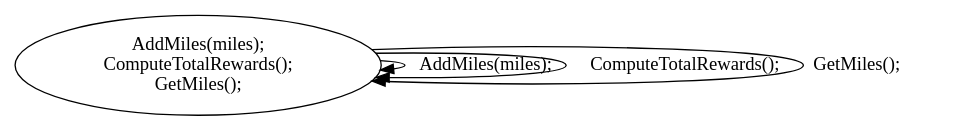
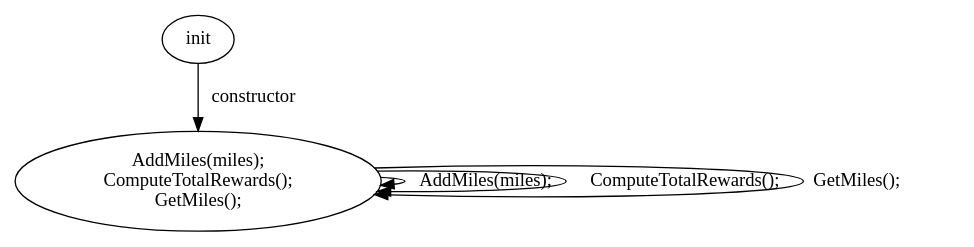
The diagram in 2/graph/FrequentFlyerRewardsCalculator.gv (edentorres/tesis), drawn with Graphviz before and after one commit. The commit also changed 116 other files, not shown here.

```diff
--- a/2/graph/FrequentFlyerRewardsCalculator.gv
+++ b/2/graph/FrequentFlyerRewardsCalculator.gv
@@ -1,30 +1,36 @@
 // Prueba
 digraph {
+	init [label=init]
+	"1-2-3-" [label="AddMiles(miles);
+ComputeTotalRewards();
+GetMiles();
+"]
+	init -> "1-2-3-" [label=constructor]
 	"1-2-3-" [label="AddMiles(miles);
 ComputeTotalRewards();
 GetMiles();
 "]
 	"1-2-3-" [label="AddMiles(miles);
 ComputeTotalRewards();
 GetMiles();
 "]
 	"1-2-3-" -> "1-2-3-" [label="AddMiles(miles);"]
 	"1-2-3-" [label="AddMiles(miles);
 ComputeTotalRewards();
 GetMiles();
 "]
 	"1-2-3-" [label="AddMiles(miles);
 ComputeTotalRewards();
 GetMiles();
 "]
 	"1-2-3-" -> "1-2-3-" [label="ComputeTotalRewards();"]
 	"1-2-3-" [label="AddMiles(miles);
 ComputeTotalRewards();
 GetMiles();
 "]
 	"1-2-3-" [label="AddMiles(miles);
 ComputeTotalRewards();
 GetMiles();
 "]
 	"1-2-3-" -> "1-2-3-" [label="GetMiles();"]
 }
```
